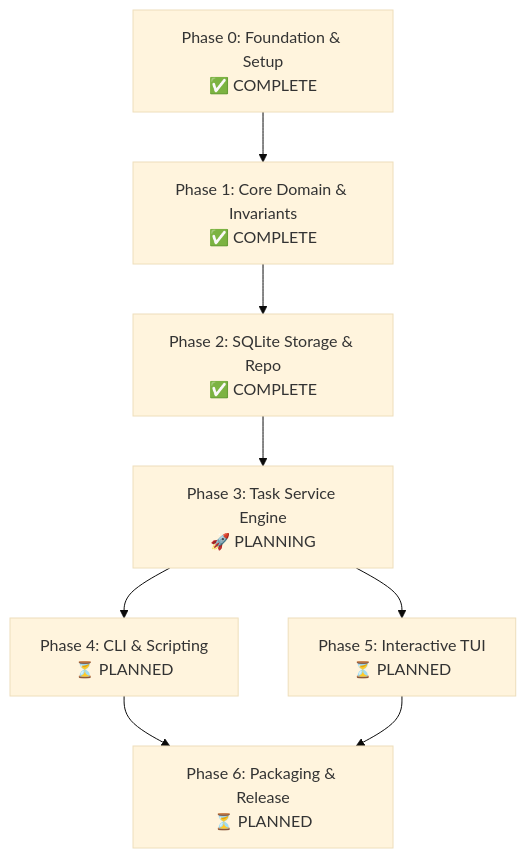
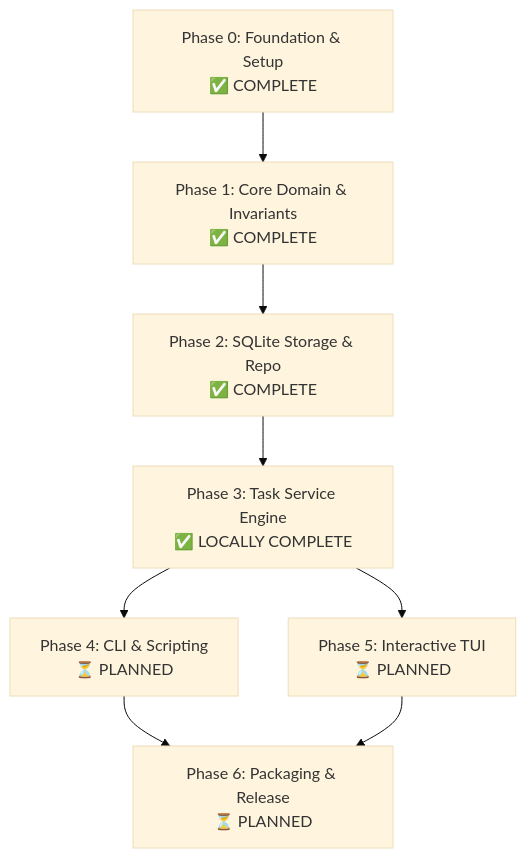
The diagram in MASTERPLAN.md (newbpydev/tusk), drawn with Mermaid (base theme) before and after one commit. The commit also changed other lines of this file and 25 other files, not shown here.

````diff
--- a/MASTERPLAN.md
+++ b/MASTERPLAN.md
@@ -25,10 +25,10 @@
 ```mermaid
 graph TD
     P0[Phase 0: Foundation & Setup<br/>✅ COMPLETE] --> P1[Phase 1: Core Domain & Invariants<br/>✅ COMPLETE]
     P1 --> P2[Phase 2: SQLite Storage & Repo<br/>✅ COMPLETE]
-    P2 --> P3[Phase 3: Task Service Engine<br/>🚀 PLANNING]
+    P2 --> P3[Phase 3: Task Service Engine<br/>✅ LOCALLY COMPLETE]
     P3 --> P4[Phase 4: CLI & Scripting<br/>⏳ PLANNED]
     P3 --> P5[Phase 5: Interactive TUI<br/>⏳ PLANNED]
     P4 --> P6[Phase 6: Packaging & Release<br/>⏳ PLANNED]
     P5 --> P6
 ```
````
